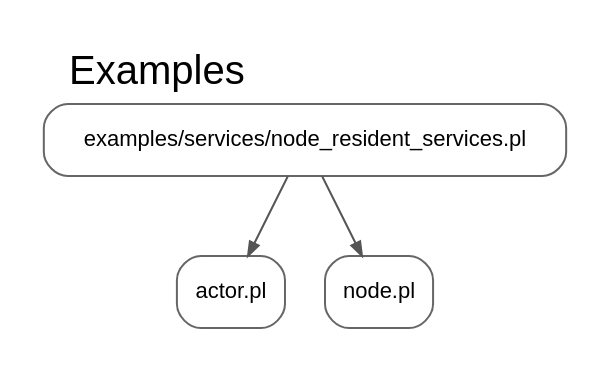
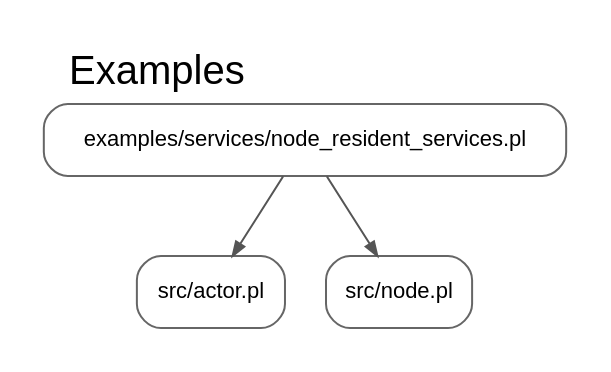
Before and after one commit to torbjornlager/trinity-demonstrator: the diagram in docs/generated/dependency_graph/examples.dot, drawn with Graphviz. The commit also changed 162 other files, not shown here.

```diff
--- a/docs/generated/dependency_graph/examples.dot
+++ b/docs/generated/dependency_graph/examples.dot
@@ -1,11 +1,11 @@
 digraph dependency_graph {
   graph [rankdir=TB, labelloc=t, labeljust=l, fontsize=20, fontname="Helvetica", overlap=false, splines=true, nodesep=0.28, ranksep=0.55, pad=0.2];
   node [shape=box, style="rounded", color="#666666", fontname="Helvetica", fontsize=11, margin="0.08,0.05"];
   edge [color="#555555", arrowsize=0.7, penwidth=1.0];
   label="Examples";
-  n0 [label="actor.pl"];
-  n1 [label="examples/services/node_resident_services.pl"];
-  n2 [label="node.pl"];
-  n1 -> n0;
-  n1 -> n2;
+  n0 [label="examples/services/node_resident_services.pl"];
+  n1 [label="src/actor.pl"];
+  n2 [label="src/node.pl"];
+  n0 -> n1;
+  n0 -> n2;
 }
```
